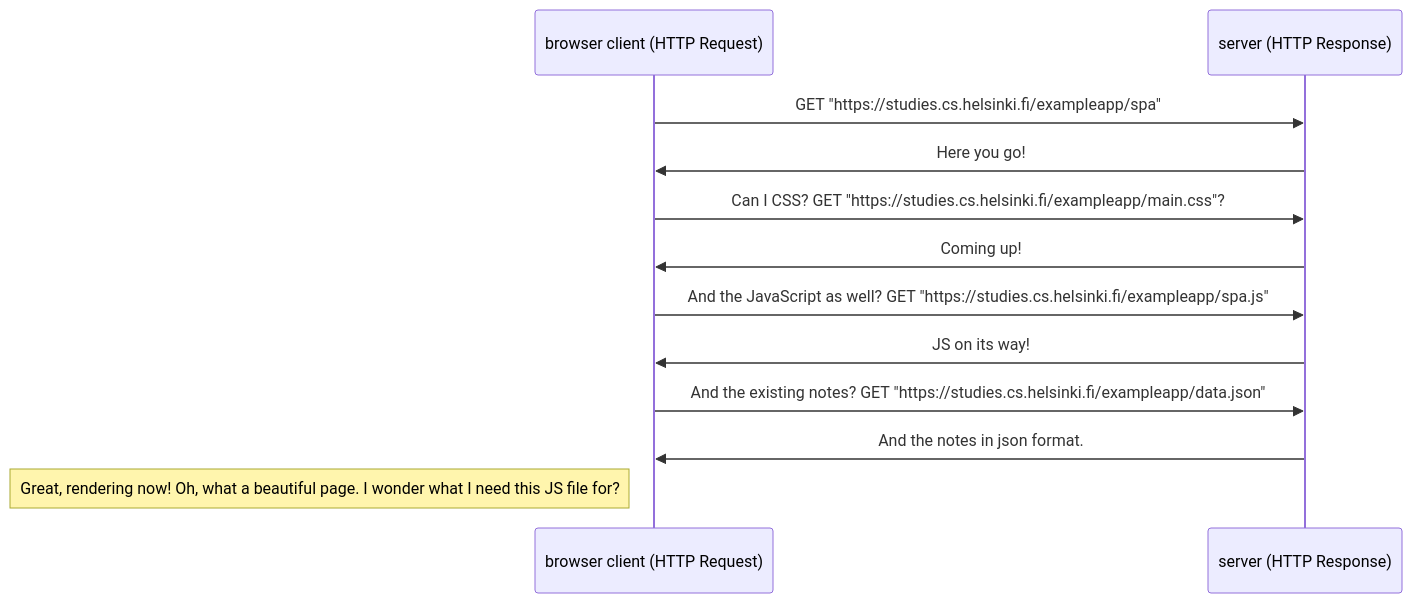
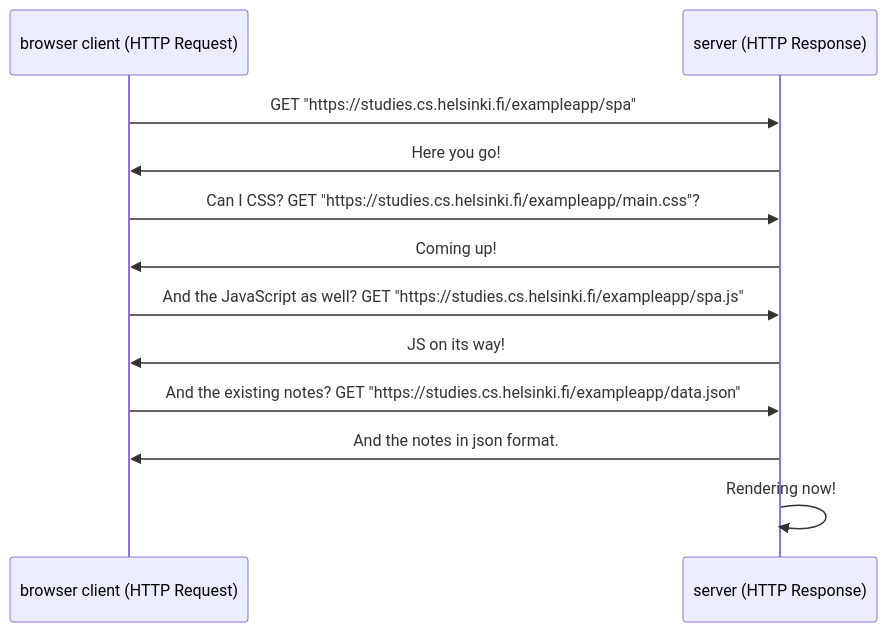
One commit to ellallaa/palautusrepo2023 changed the diagram in osa0/05spakaavio.md. Above: the diagram before and after it, drawn with Mermaid.

Commit message:
spa-kaaviot 08_04

````diff
--- a/osa0/05spakaavio.md
+++ b/osa0/05spakaavio.md
@@ -2,15 +2,15 @@
 ```mermaid
   sequenceDiagram
   participant bc as browser client (HTTP Request)
   participant s as server (HTTP Response)  
 
   bc->>s: GET "https://studies.cs.helsinki.fi/exampleapp/spa"
   s->>bc: Here you go!
   bc->>s: Can I CSS? GET "https://studies.cs.helsinki.fi/exampleapp/main.css"?
   s->>bc: Coming up!
   bc->>s: And the JavaScript as well? GET "https://studies.cs.helsinki.fi/exampleapp/spa.js"
   s->>bc: JS on its way!
   bc->>s: And the existing notes? GET "https://studies.cs.helsinki.fi/exampleapp/data.json"
   s->>bc: And the notes in json format.
-  Note left of bc: Great, rendering now! Oh, what a beautiful page. I wonder what I need this JS file for?
+  s->>s: Rendering now!
 ```
````
